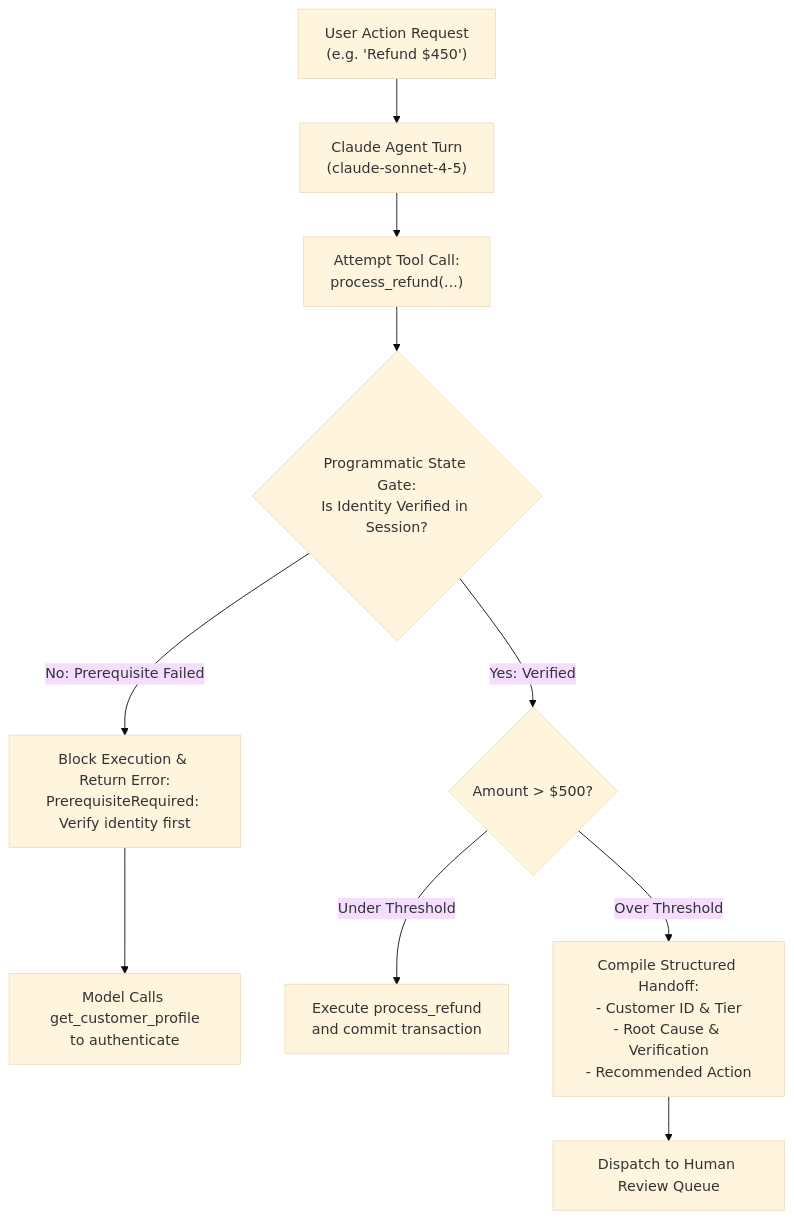
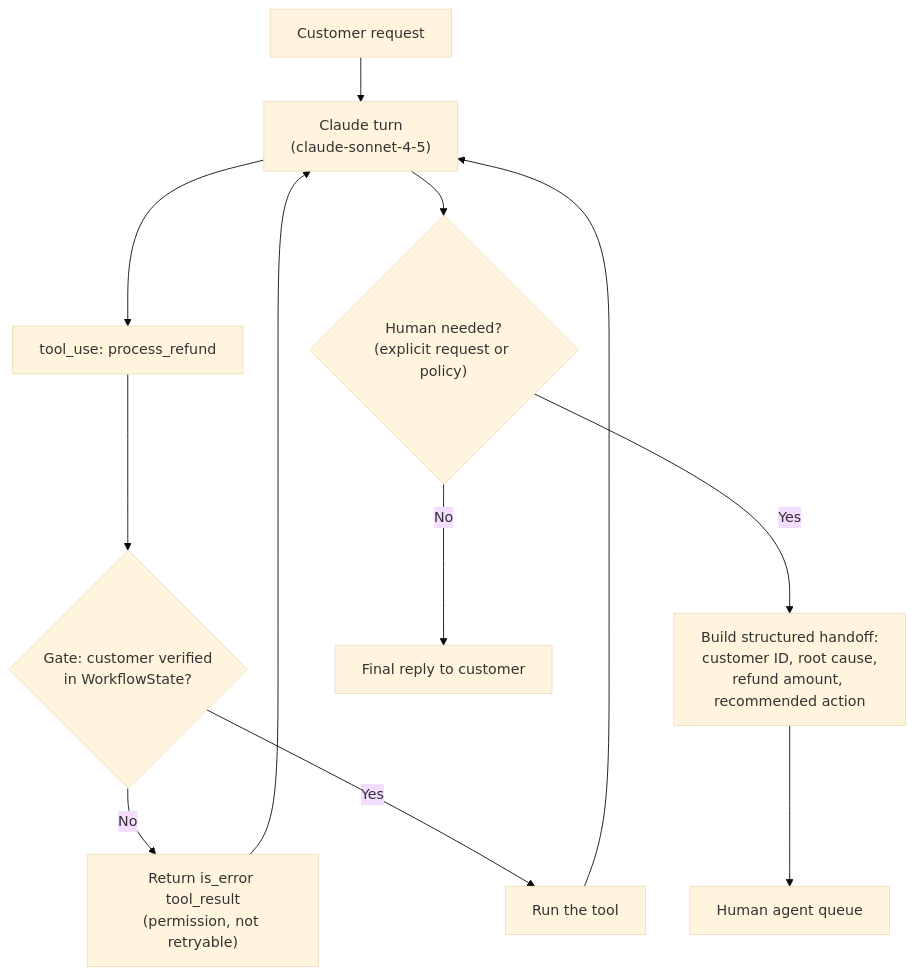
Before and after one commit to dip4k/claude_cert_architect_foundation_prep: the diagram in domain1/ts_1_4_prerequisite_enforcement/README.md, drawn with Mermaid (base theme). The commit also changed other lines of this file and 133 other files, not shown here.

````diff
--- a/domain1/ts_1_4_prerequisite_enforcement/README.md
+++ b/domain1/ts_1_4_prerequisite_enforcement/README.md
@@ -84,18 +100,16 @@
 ```mermaid
 flowchart TD
-    UserReq["User Action Request<br>(e.g. 'Refund $450')"] --> Claude["Claude Agent Turn<br>(claude-sonnet-4-5)"]
-    
-    Claude --> AttemptTool["Attempt Tool Call:<br>process_refund(...)"]
-    
-    AttemptTool --> Gate{"Programmatic State Gate:<br>Is Identity Verified in Session?"}
-    
-    Gate -->|"No: Prerequisite Failed"| RejectBlock["Block Execution & Return Error:<br>PrerequisiteRequired: Verify identity first"]
-    RejectBlock --> FeedbackTurn["Model Calls get_customer_profile<br>to authenticate"]
-    
-    Gate -->|"Yes: Verified"| CheckThreshold{"Amount > $500?"}
-    
-    CheckThreshold -->|"Under Threshold"| ExecTool["Execute process_refund<br>and commit transaction"]
-    
-    CheckThreshold -->|"Over Threshold"| Escalation["Compile Structured Handoff:<br>- Customer ID & Tier<br>- Root Cause & Verification<br>- Recommended Action"]
-    Escalation --> HumanQueue["Dispatch to Human Review Queue"]
+    Req["Customer request"] --> Claude["Claude turn<br>(claude-sonnet-4-5)"]
+    Claude --> Call["tool_use: process_refund"]
+    Call --> Gate{"Gate: customer verified<br>in WorkflowState?"}
+
+    Gate -->|"No"| Block["Return is_error tool_result<br>(permission, not retryable)"]
+    Block --> Claude
+    Gate -->|"Yes"| Run["Run the tool"]
+    Run --> Claude
+
+    Claude --> Esc{"Human needed?<br>(explicit request or policy)"}
+    Esc -->|"Yes"| Summary["Build structured handoff:<br>customer ID, root cause,<br>refund amount, recommended action"]
+    Summary --> Human["Human agent queue"]
+    Esc -->|"No"| Reply["Final reply to customer"]
 ```
````
